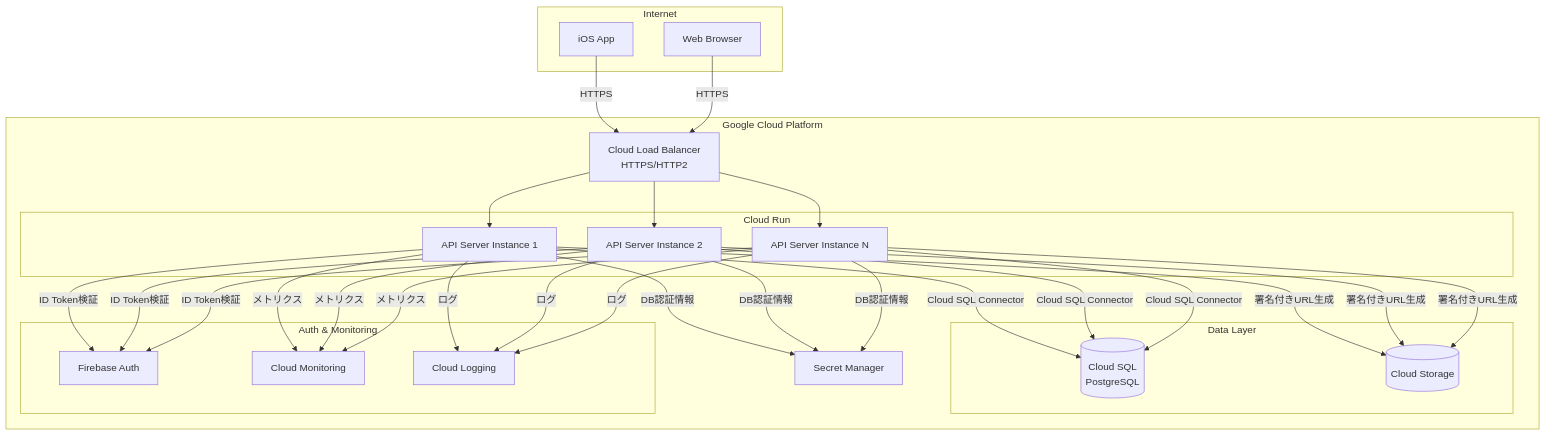
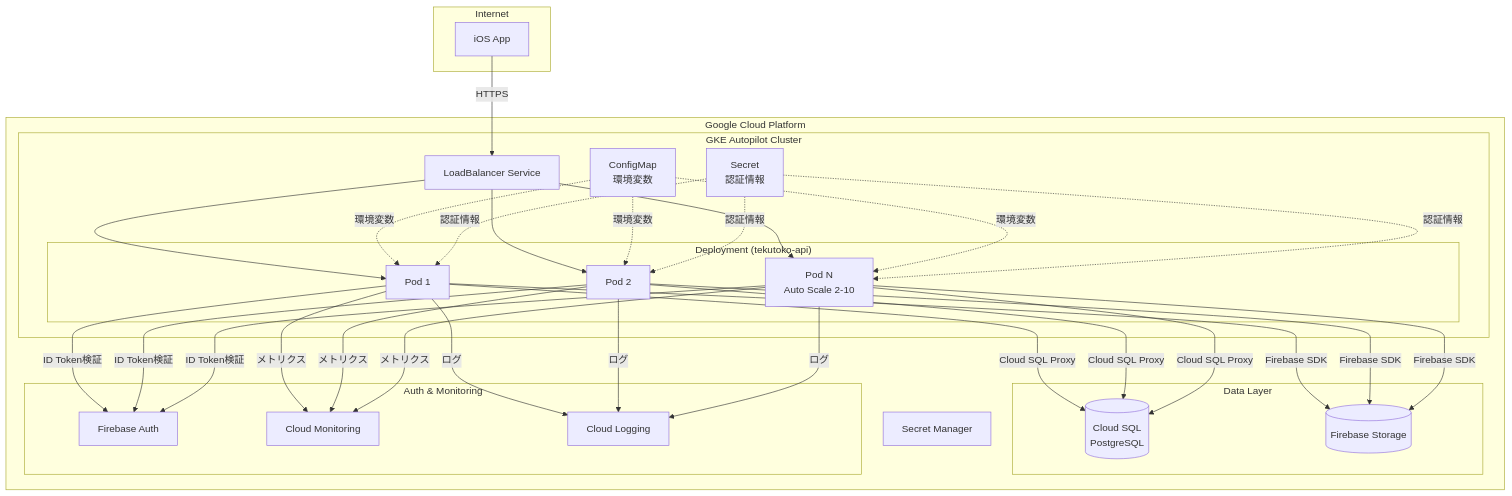
Before and after one commit to RRRRRRR-777/TokoToko: the first of 2 diagrams in backend/docs/deployment-architecture.md, drawn with Mermaid. The commit also changed other lines of this file, not shown here.

First line of the commit message:
docs: GKE Autopilotアーキテクチャへ変更 + Codexレビュー反映 (#148)

````diff
--- a/backend/docs/deployment-architecture.md
+++ b/backend/docs/deployment-architecture.md
@@ -43,43 +44,46 @@
 ```mermaid
 graph TB
     subgraph Internet
         Client[iOS App]
-        Browser[Web Browser]
     end
 
     subgraph "Google Cloud Platform"
-        subgraph "Cloud Run"
-            API1[API Server Instance 1]
-            API2[API Server Instance 2]
-            API3[API Server Instance N]
+        subgraph "GKE Autopilot Cluster"
+            LB[LoadBalancer Service]
+
+            subgraph "Deployment (tekutoko-api)"
+                Pod1[Pod 1]
+                Pod2[Pod 2]
+                PodN[Pod N<br/>Auto Scale 2-10]
+            end
+
+            ConfigMap[ConfigMap<br/>環境変数]
+            Secret[Secret<br/>認証情報]
         end
-
-        LB[Cloud Load Balancer<br/>HTTPS/HTTP2]
 
         subgraph "Data Layer"
             CloudSQL[(Cloud SQL<br/>PostgreSQL)]
-            CloudStorage[(Cloud Storage)]
+            FirebaseStorage[(Firebase Storage)]
         end
 
         subgraph "Auth & Monitoring"
             FirebaseAuth[Firebase Auth]
             CloudMonitoring[Cloud Monitoring]
             CloudLogging[Cloud Logging]
         end
 
         SecretManager[Secret Manager]
     end
 
     Client -->|HTTPS| LB
-    Browser -->|HTTPS| LB
-    LB --> API1
-    LB --> API2
-    LB --> API3
+    LB --> Pod1 & Pod2 & PodN
 
-    API1 & API2 & API3 -->|Cloud SQL Connector| CloudSQL
-    API1 & API2 & API3 -->|署名付きURL生成| CloudStorage
-    API1 & API2 & API3 -->|ID Token検証| FirebaseAuth
-    API1 & API2 & API3 -->|メトリクス| CloudMonitoring
-    API1 & API2 & API3 -->|ログ| CloudLogging
-    API1 & API2 & API3 -->|DB認証情報| SecretManager
+    Pod1 & Pod2 & PodN -->|Cloud SQL Proxy| CloudSQL
+    Pod1 & Pod2 & PodN -->|Firebase SDK| FirebaseStorage
+    Pod1 & Pod2 & PodN -->|ID Token検証| FirebaseAuth
+    Pod1 & Pod2 & PodN -->|メトリクス| CloudMonitoring
+    Pod1 & Pod2 & PodN -->|ログ| CloudLogging
+
+    ConfigMap -.->|環境変数| Pod1 & Pod2 & PodN
+    Secret -.->|認証情報| Pod1 & Pod2 & PodN
 ```
````
